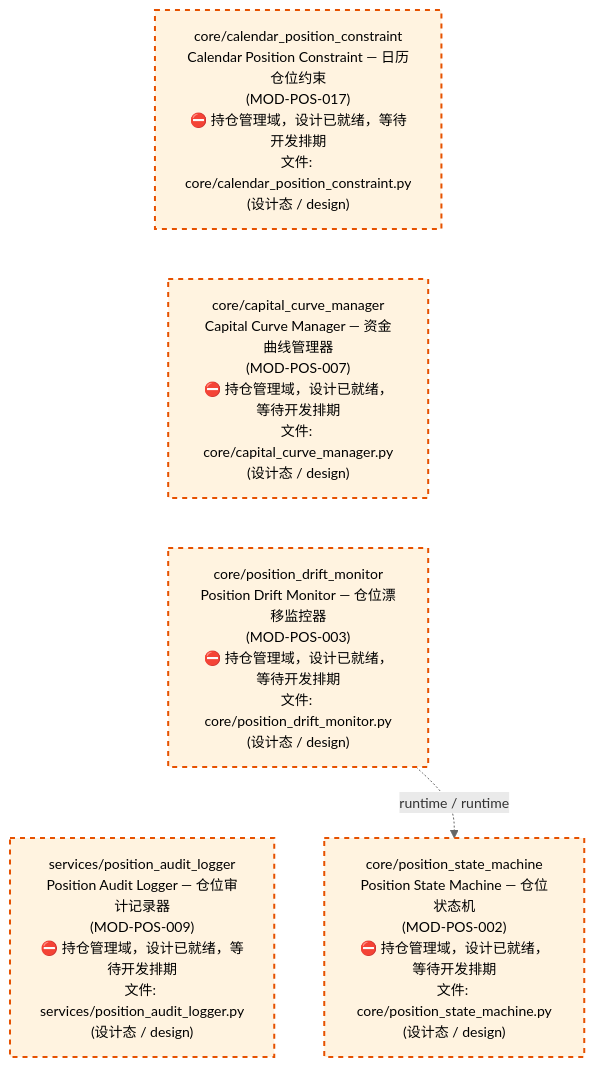
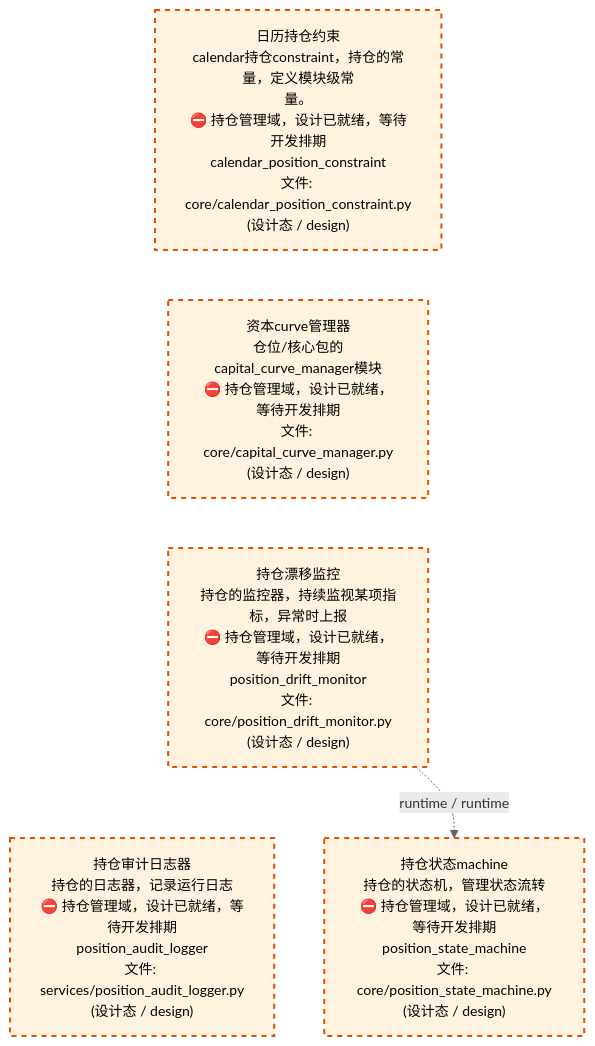
The third of 4 diagrams in docs/02_enterprise_architecture/02_domain_architecture_docs/64_d_position.md (xuanFelixVan/ZephyrAlpha), drawn with Mermaid before and after one commit. The commit also changed other lines of this file and 54 other files, not shown here.

````diff
--- a/docs/02_enterprise_architecture/02_domain_architecture_docs/64_d_position.md
+++ b/docs/02_enterprise_architecture/02_domain_architecture_docs/64_d_position.md
@@ -147,18 +147,18 @@
 ```mermaid
 %%{init: {'theme': 'base', 'themeVariables': {'primaryColor': '#eaeaea', 'primaryTextColor': '#333333', 'primaryBorderColor': '#666666', 'lineColor': '#666666', 'secondaryColor': '#eaeaea', 'tertiaryColor': '#eaeaea', 'fontSize': '14px'}}}%%
 flowchart TD
-    src_zephyr_position_core_calendar_position_constraint_py["core/calendar_position_constraint<br/>Calendar Position Constraint — 日历仓位约束<br/>(MOD-POS-017)<br/>⛔ 持仓管理域，设计已就绪，等待开发排期<br/>文件: core/calendar_position_constraint.py<br/>(设计态 / design)"]
-    src_zephyr_position_core_capital_curve_manager_py["core/capital_curve_manager<br/>Capital Curve Manager — 资金曲线管理器<br/>(MOD-POS-007)<br/>⛔ 持仓管理域，设计已就绪，等待开发排期<br/>文件: core/capital_curve_manager.py<br/>(设计态 / design)"]
-    src_zephyr_position_core_position_drift_monitor_py["core/position_drift_monitor<br/>Position Drift Monitor — 仓位漂移监控器<br/>(MOD-POS-003)<br/>⛔ 持仓管理域，设计已就绪，等待开发排期<br/>文件: core/position_drift_monitor.py<br/>(设计态 / design)"]
-    src_zephyr_position_services_position_audit_logger_py["services/position_audit_logger<br/>Position Audit Logger — 仓位审计记录器<br/>(MOD-POS-009)<br/>⛔ 持仓管理域，设计已就绪，等待开发排期<br/>文件: services/position_audit_logger.py<br/>(设计态 / design)"]
+    src_zephyr_position_core_calendar_position_constraint_py["日历持仓约束<br/>calendar持仓constraint，持仓的常量，定义模块级常<br/>量。<br/>⛔ 持仓管理域，设计已就绪，等待开发排期<br/>calendar_position_constraint<br/>文件: core/calendar_position_constraint.py<br/>(设计态 / design)"]
+    src_zephyr_position_core_capital_curve_manager_py["资本curve管理器<br/>仓位/核心包的capital_curve_manager模块<br/>⛔ 持仓管理域，设计已就绪，等待开发排期<br/>文件: core/capital_curve_manager.py<br/>(设计态 / design)"]
+    src_zephyr_position_core_position_drift_monitor_py["持仓漂移监控<br/>持仓的监控器，持续监视某项指标，异常时上报<br/>⛔ 持仓管理域，设计已就绪，等待开发排期<br/>position_drift_monitor<br/>文件: core/position_drift_monitor.py<br/>(设计态 / design)"]
+    src_zephyr_position_services_position_audit_logger_py["持仓审计日志器<br/>持仓的日志器，记录运行日志<br/>⛔ 持仓管理域，设计已就绪，等待开发排期<br/>position_audit_logger<br/>文件: services/position_audit_logger.py<br/>(设计态 / design)"]
     src_zephyr_position_core_calendar_position_constraint_py ~~~ src_zephyr_position_core_capital_curve_manager_py
     src_zephyr_position_core_capital_curve_manager_py ~~~ src_zephyr_position_core_position_drift_monitor_py
     src_zephyr_position_core_position_drift_monitor_py ~~~ src_zephyr_position_services_position_audit_logger_py
-    src_zephyr_position_core_position_state_machine_py["core/position_state_machine<br/>Position State Machine — 仓位状态机<br/>(MOD-POS-002)<br/>⛔ 持仓管理域，设计已就绪，等待开发排期<br/>文件: core/position_state_machine.py<br/>(设计态 / design)"]
+    src_zephyr_position_core_position_state_machine_py["持仓状态machine<br/>持仓的状态机，管理状态流转<br/>⛔ 持仓管理域，设计已就绪，等待开发排期<br/>position_state_machine<br/>文件: core/position_state_machine.py<br/>(设计态 / design)"]
     src_zephyr_position_core_position_drift_monitor_py -.->|runtime / runtime| src_zephyr_position_core_position_state_machine_py
     classDef production fill:#e1f5fe,stroke:#01579b,stroke-width:2px,color:#000
     classDef design fill:#fff3e0,stroke:#e65100,stroke-width:2px,color:#000,stroke-dasharray: 5 5
     classDef external_prod fill:#e8f4fd,stroke:#0277bd,stroke-width:1px,color:#000
     classDef external_design fill:#fff8e7,stroke:#ef6c00,stroke-width:1px,color:#000,stroke-dasharray: 5 5
     class src_zephyr_position_core_calendar_position_constraint_py,src_zephyr_position_core_capital_curve_manager_py,src_zephyr_position_core_position_drift_monitor_py,src_zephyr_position_core_position_state_machine_py,src_zephyr_position_services_position_audit_logger_py design
 ```
````
